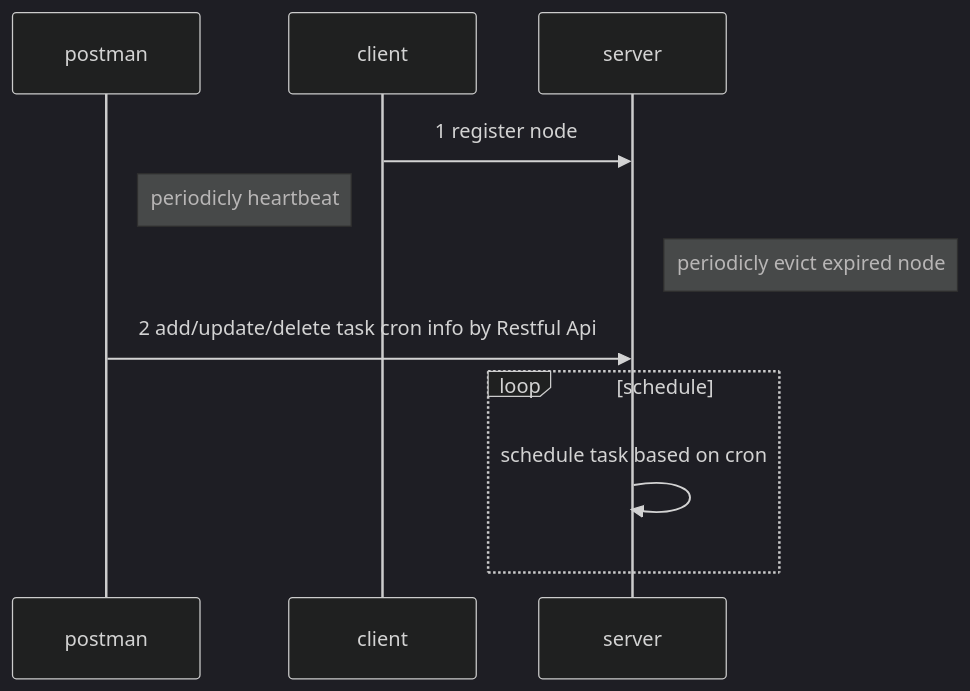
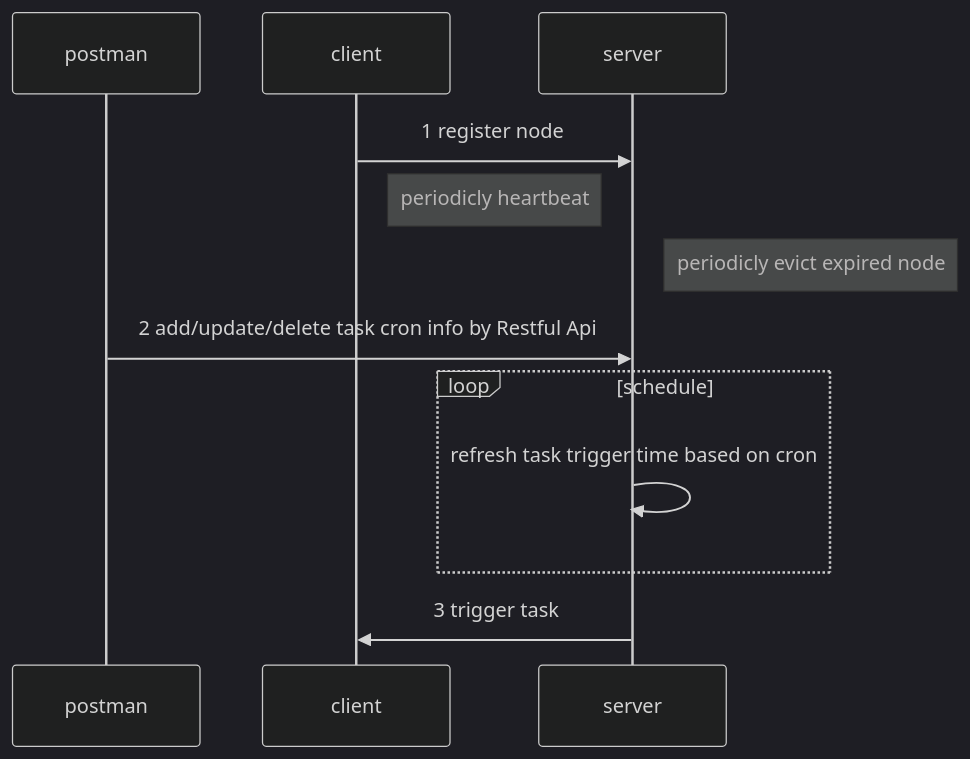
Before and after one commit to michaeltang608/schedule: the diagram in README.md, drawn with Mermaid (dark theme).

````diff
--- a/README.md
+++ b/README.md
@@ -3,12 +3,13 @@
 ```mermaid
 sequenceDiagram
 participant postman
 
 client->>server: 1 register node
-Note left of client: periodicly heartbeat
+Note right of client: periodicly heartbeat
 Note right of server: periodicly evict expired node
 postman->>server: 2 add/update/delete task cron info by Restful Api
 loop schedule
-	server->>server: schedule task based on cron
+	server->>server: refresh task trigger time based on cron
 end
+server->>client: 3 trigger task
 ```
````
